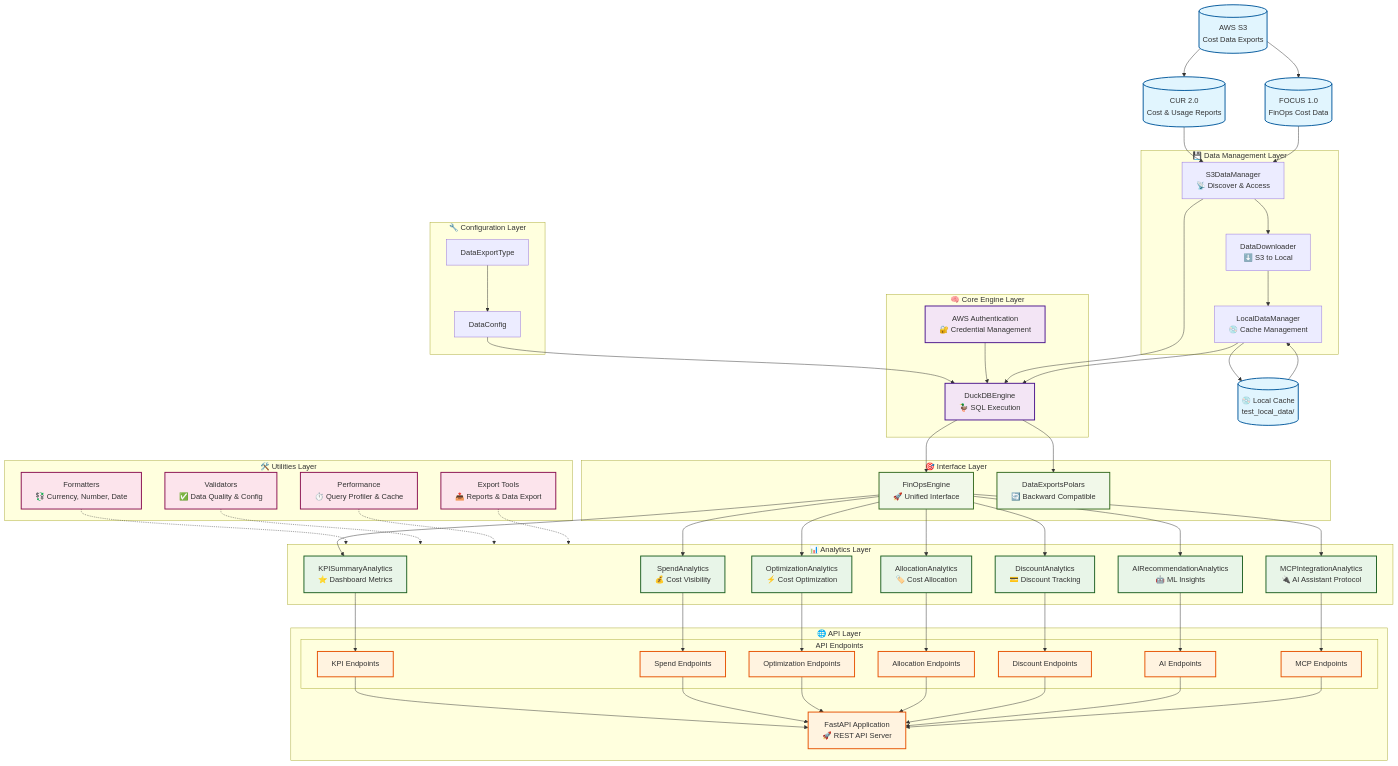
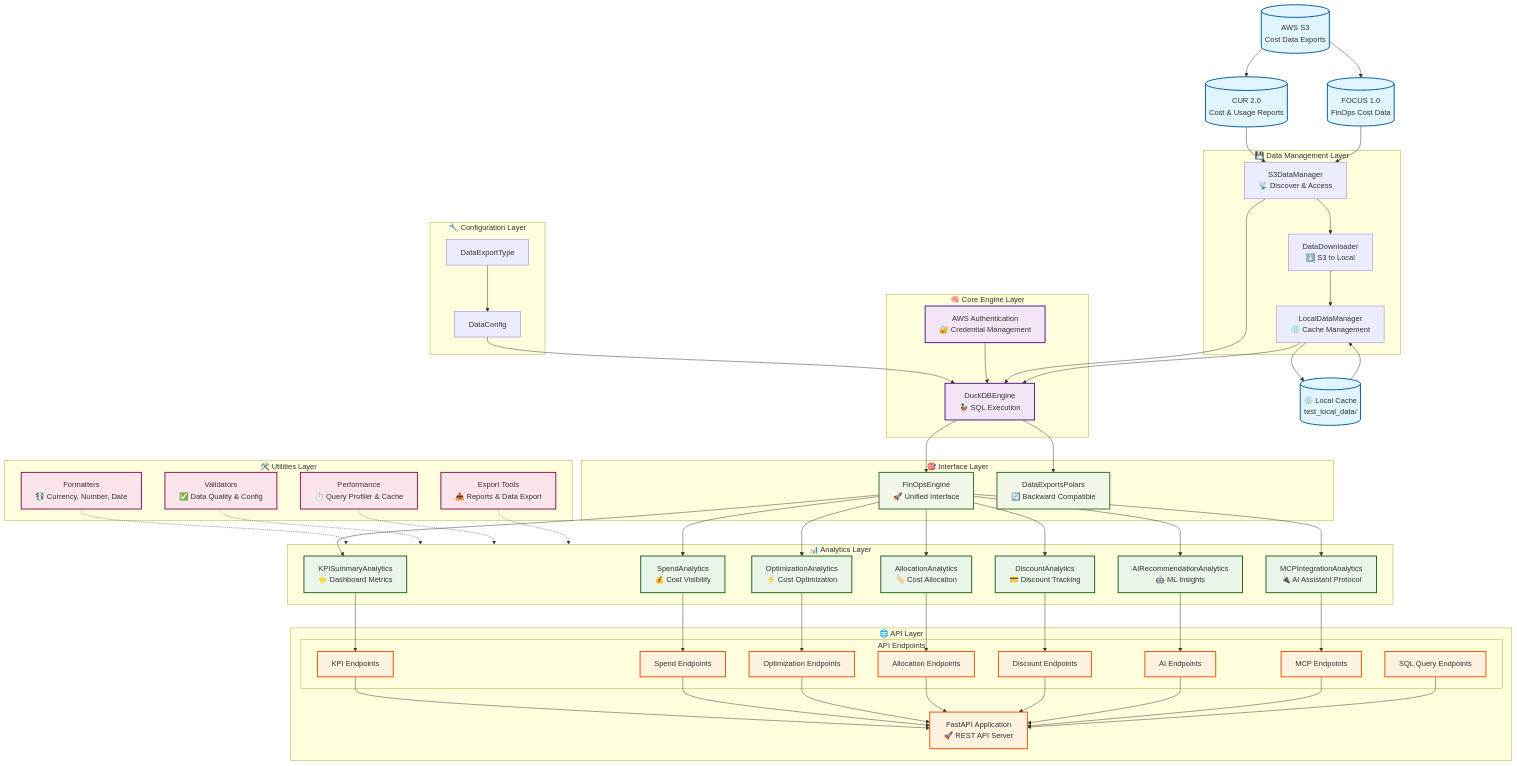
Before and after one commit to jasonwu001t/infralyzer: the diagram in README.md, drawn with Mermaid. The commit also changed other lines of this file and 13 other files, not shown here.

````diff
--- a/README.md
+++ b/README.md
@@ -77,6 +77,7 @@
             EP5[Discount Endpoints]
             EP6[AI Endpoints]
             EP7[MCP Endpoints]
+            EP8[SQL Query Endpoints]
         end
     end
 
@@ -134,6 +135,7 @@
     EP5 --> FASTAPI
     EP6 --> FASTAPI
     EP7 --> FASTAPI
+    EP8 --> FASTAPI
 
     %% Utility connections
     FMT -.-> Analytics
@@ -152,7 +154,7 @@
     class S3,CUR,FOCUS,LOCAL dataSource
     class DUCK,AUTH engine
     class KPI,SPEND,OPT,ALLOC,DISC,AI,MCP analytics
-    class FASTAPI,EP1,EP2,EP3,EP4,EP5,EP6,EP7 api
+    class FASTAPI,EP1,EP2,EP3,EP4,EP5,EP6,EP7,EP8 api
     class FINOPS,DEP interface
     class FMT,VAL,PERF,EXP utils
 ```
````
